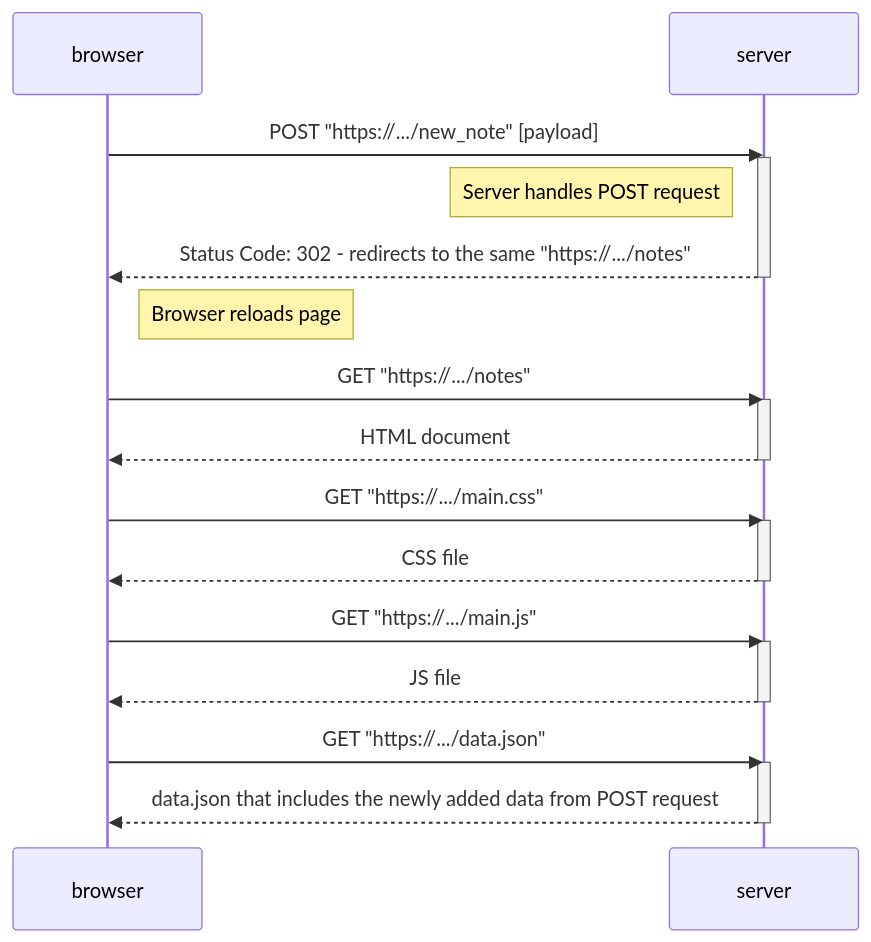
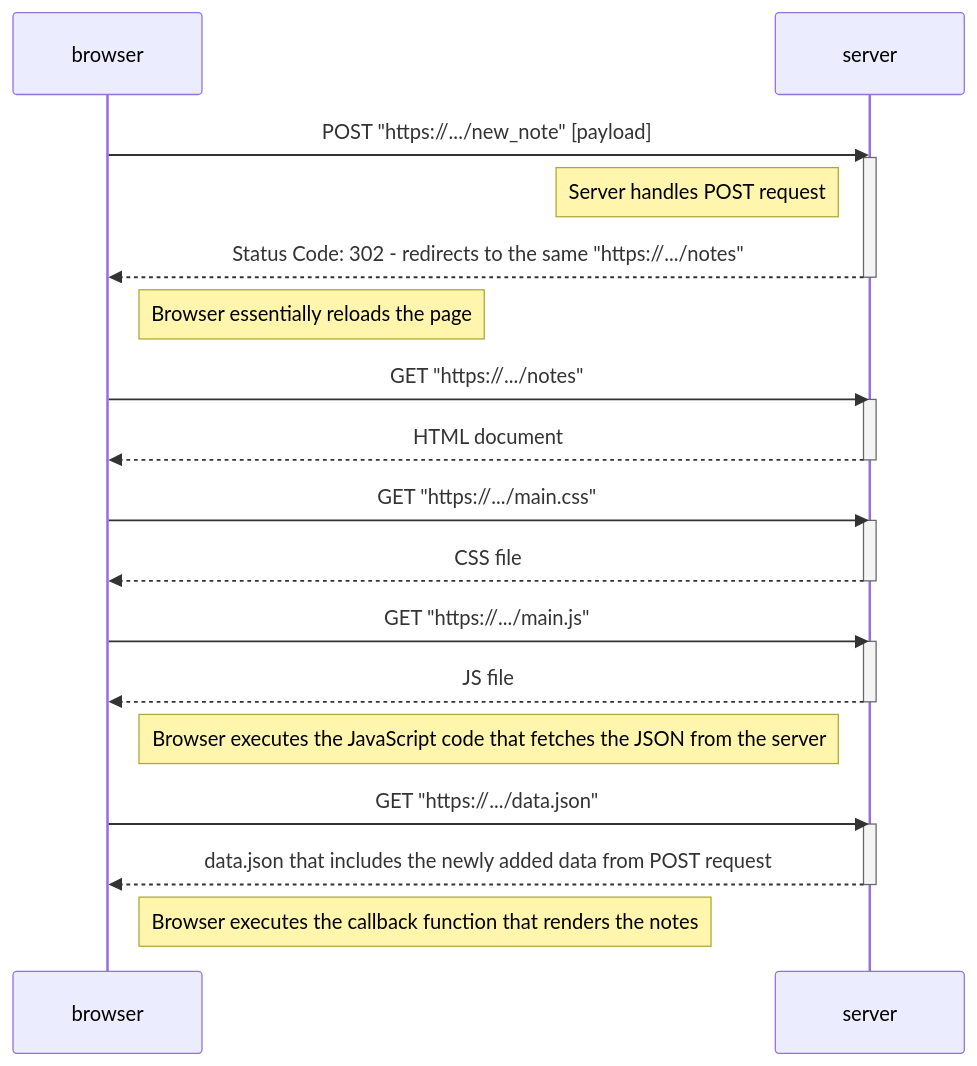
Before and after one commit to RealED-io/FullStackOpen: the diagram in part0/4_new_note_diagram.md, drawn with Mermaid.

Commit message:
Added notes for clarity

````diff
--- a/part0/4_new_note_diagram.md
+++ b/part0/4_new_note_diagram.md
@@ -1,33 +1,38 @@
 ```mermaid
 
 sequenceDiagram
     participant browser
     participant server
 
     browser->>server: POST "https://.../new_note" [payload]
     activate server
     Note left of server: Server handles POST request
     server-->>browser: Status Code: 302 - redirects to the same "https://.../notes"
     deactivate server
 
-    Note right of browser: Browser reloads page
+    Note right of browser: Browser essentially reloads the page
     browser->>server: GET "https://.../notes"
     activate server
     server-->>browser: HTML document
     deactivate server
 
     browser->>server: GET "https://.../main.css"
     activate server
     server-->>browser: CSS file
     deactivate server
 
     browser->>server: GET "https://.../main.js"
     activate server
     server-->>browser: JS file
     deactivate server
 
+    Note right of browser: Browser executes the JavaScript code that fetches the JSON from the server
+
     browser->>server: GET "https://.../data.json"
     activate server
     server-->>browser: data.json that includes the newly added data from POST request
     deactivate server
+
+    Note right of browser: Browser executes the callback function that renders the notes
+
 ```
````
